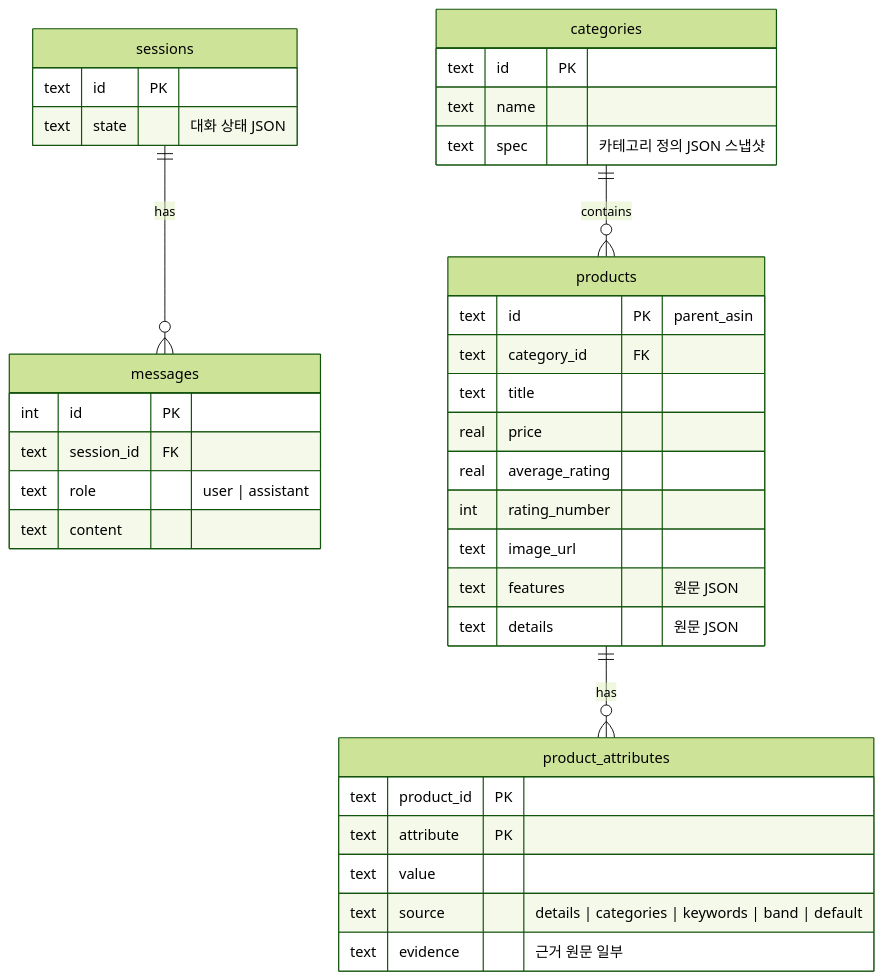
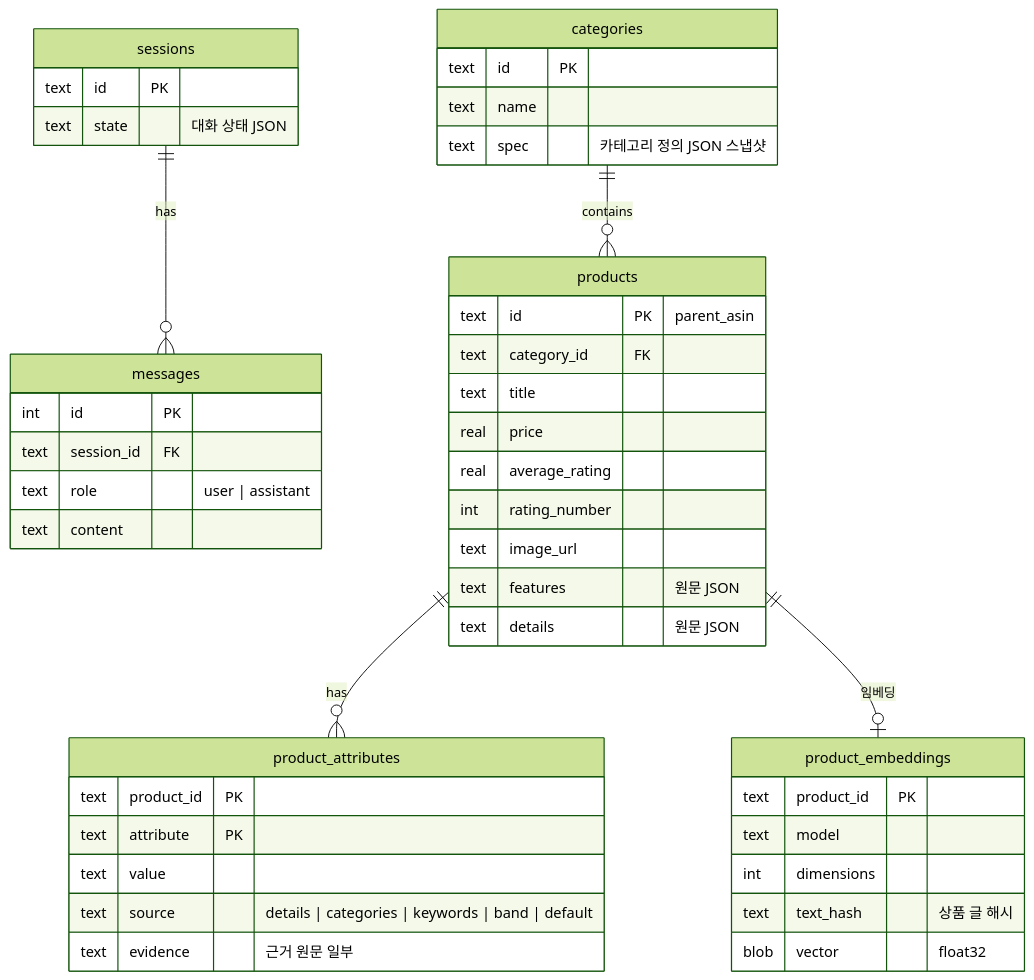
The fourth of 4 diagrams in docs/architecture.md (qazcdesnu/llm-hw2-demo), drawn with Mermaid (forest theme) before and after one commit. The commit also changed other lines of this file and 49 other files, not shown here.

````diff
--- a/docs/architecture.md
+++ b/docs/architecture.md
@@ -222,40 +231,48 @@
 ```mermaid
 erDiagram
     sessions ||--o{ messages : has
     categories ||--o{ products : contains
     products ||--o{ product_attributes : has
+    products ||--o| product_embeddings : "임베딩"
 
     sessions {
         text id PK
         text state "대화 상태 JSON"
     }
     messages {
         int id PK
         text session_id FK
         text role "user | assistant"
         text content
     }
     categories {
         text id PK
         text name
         text spec "카테고리 정의 JSON 스냅샷"
     }
     products {
         text id PK "parent_asin"
         text category_id FK
         text title
         real price
         real average_rating
         int rating_number
         text image_url
         text features "원문 JSON"
         text details "원문 JSON"
     }
     product_attributes {
         text product_id PK
         text attribute PK
         text value
         text source "details | categories | keywords | band | default"
         text evidence "근거 원문 일부"
     }
+    product_embeddings {
+        text product_id PK
+        text model
+        int dimensions
+        text text_hash "상품 글 해시"
+        blob vector "float32"
+    }
 ```
````
